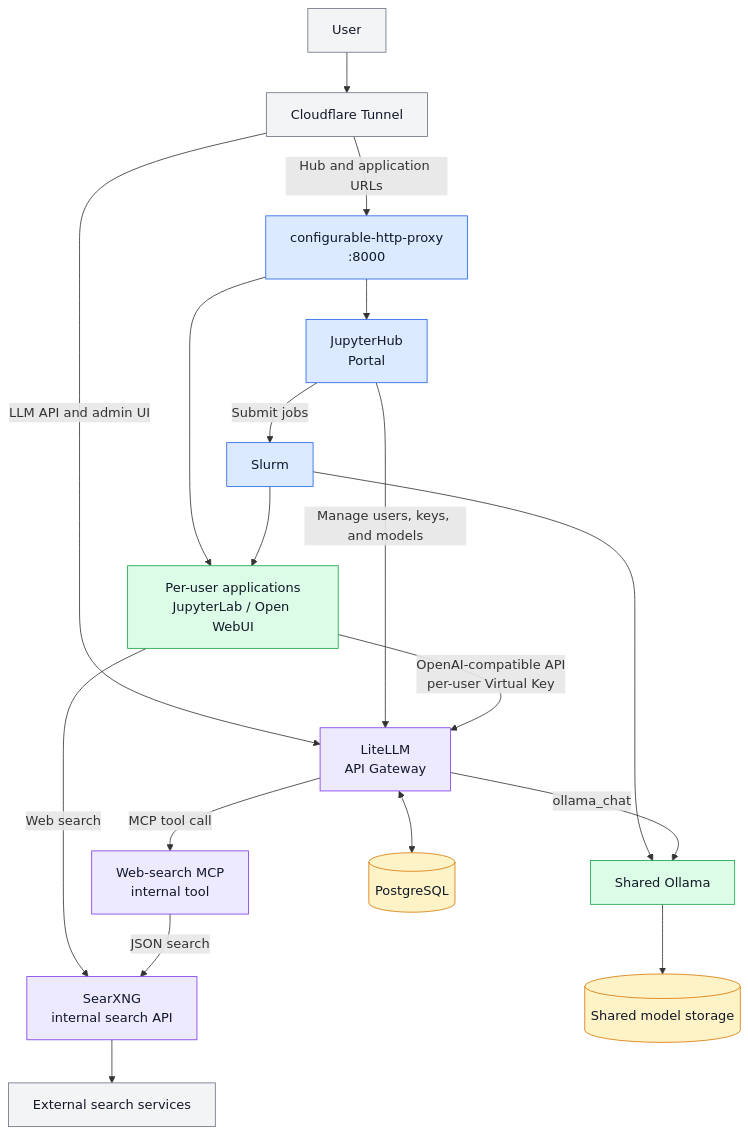
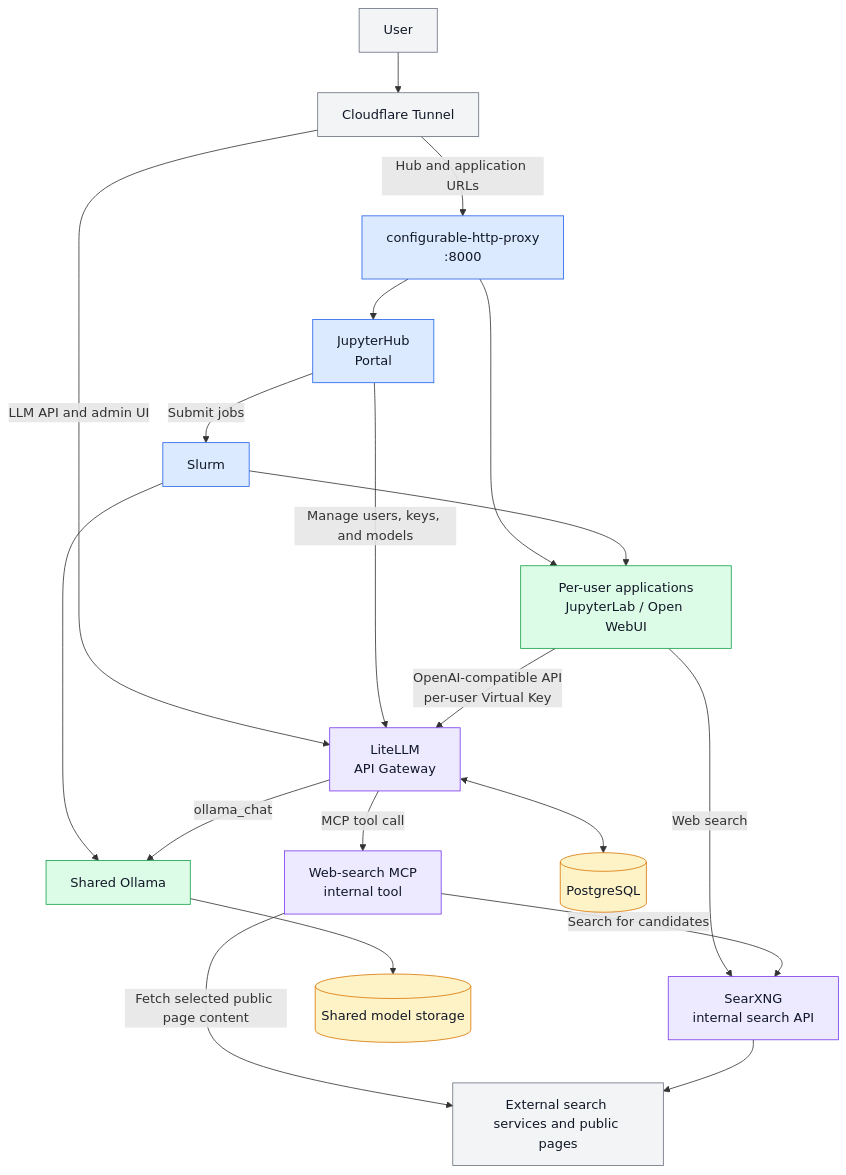
Before and after one commit to koichi2426/HPC-portal: the first of 2 diagrams in README.en.md, drawn with Mermaid. The commit also changed other lines of this file and 1 other file, not shown here.

Commit message:
[docs] Web検索MCPの構成図を日英で更新した

````diff
--- a/README.en.md
+++ b/README.en.md
@@ -23,43 +23,44 @@
 ```mermaid
 flowchart TB
     User[User] --> CF[Cloudflare Tunnel]
     Proxy[configurable-http-proxy<br/>:8000]
     JHub[JupyterHub<br/>Portal]
     Slurm[Slurm]
     Apps[Per-user applications<br/>JupyterLab / Open WebUI]
     LiteLLM[LiteLLM<br/>API Gateway]
     SearchMCP[Web-search MCP<br/>internal tool]
     SearXNG[SearXNG<br/>internal search API]
     Ollama[Shared Ollama]
     DB[(PostgreSQL)]
     Models[(Shared model storage)]
-    Search[External search services]
+    Search[External search services and public pages]
 
     CF -->|Hub and application URLs| Proxy
     CF -->|LLM API and admin UI| LiteLLM
     Proxy --> JHub
     Proxy --> Apps
     JHub -->|Submit jobs| Slurm
     Slurm --> Apps
     Slurm --> Ollama
     JHub -->|Manage users, keys, and models| LiteLLM
     Apps -->|OpenAI-compatible API<br/>per-user Virtual Key| LiteLLM
     Apps -->|Web search| SearXNG
     LiteLLM -->|MCP tool call| SearchMCP
-    SearchMCP -->|JSON search| SearXNG
+    SearchMCP -->|Search for candidates| SearXNG
+    SearchMCP -->|Fetch selected public page content| Search
     LiteLLM <--> DB
     LiteLLM -->|ollama_chat| Ollama
     Ollama --> Models
     SearXNG --> Search
 
     classDef external fill:#f3f4f6,stroke:#6b7280,color:#111827
     classDef control fill:#dbeafe,stroke:#2563eb,color:#111827
     classDef workload fill:#dcfce7,stroke:#16a34a,color:#111827
     classDef service fill:#ede9fe,stroke:#7c3aed,color:#111827
     classDef data fill:#fef3c7,stroke:#d97706,color:#111827
     class User,CF,Search external
     class Proxy,JHub,Slurm control
     class Apps,Ollama workload
     class LiteLLM,SearchMCP,SearXNG service
     class DB,Models data
 ```
````
